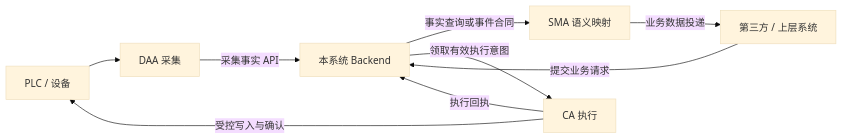
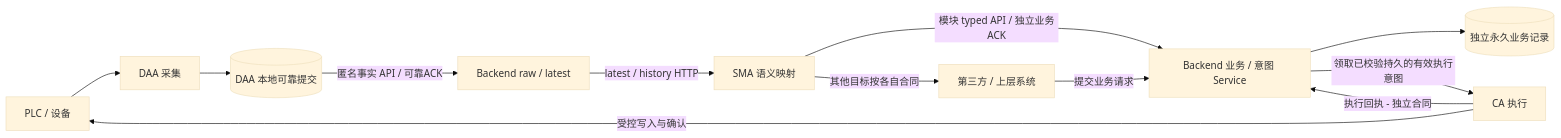
The diagram in docs/AIIS_AW_Runtime_Design.md (jasonbu163/aiis-ics-arch), drawn with Mermaid (base theme) before and after one commit. The commit also changed other lines of this file and 956 other files, not shown here.

Commit message:
Refine architecture plans and align project documentation

````diff
--- a/docs/AIIS_AW_Runtime_Design.md
+++ b/docs/AIIS_AW_Runtime_Design.md
@@ -38,11 +38,14 @@
 ```mermaid
 flowchart LR
     PLC[PLC / 设备] --> DAA[DAA 采集]
-    DAA -->|采集事实 API| B[本系统 Backend]
-    B -->|事实查询或事件合同| SMA[SMA 语义映射]
-    SMA -->|业务数据投递| X[第三方 / 上层系统]
-    X -->|提交业务请求| B
-    B -->|领取有效执行意图| CA[CA 执行]
+    DAA --> LOCAL[(DAA 本地可靠提交)]
+    LOCAL -->|匿名事实 API / 可靠ACK| B[Backend raw / latest]
+    B -->|latest / history HTTP| SMA[SMA 语义映射]
+    SMA -->|模块 typed API / 独立业务ACK| BIZ[Backend 业务 / 意图 Service]
+    BIZ --> STORE[(独立永久业务记录)]
+    SMA -->|其他目标按各自合同| X[第三方 / 上层系统]
+    X -->|提交业务请求| BIZ
+    BIZ -->|领取已校验持久的有效执行意图| CA[CA 执行]
     CA -->|受控写入与确认| PLC
-    CA -->|执行回执| B
+    CA -->|执行回执 - 独立合同| BIZ
 ```
````
